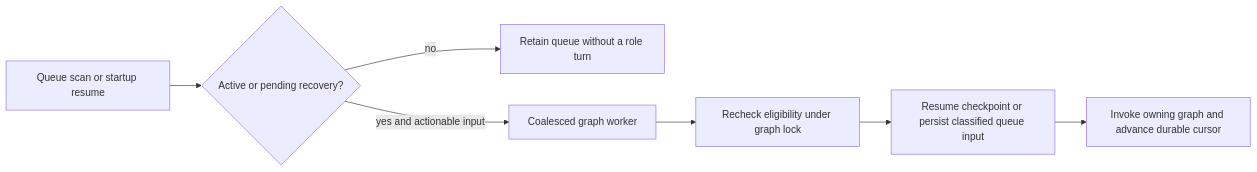
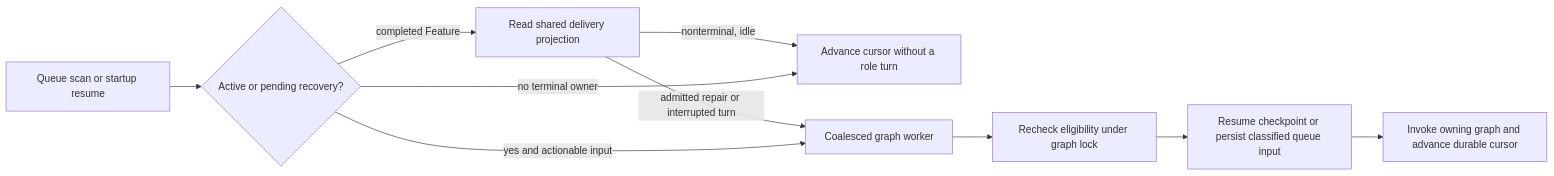
Before and after one commit to vincentc-b/CascadeCode: the third of 4 diagrams in cascade/workspace/DESIGN.md, drawn with Mermaid. The commit also changed other lines of this file and 15 other files, not shown here.

````diff
--- a/cascade/workspace/DESIGN.md
+++ b/cascade/workspace/DESIGN.md
@@ -151,9 +155,12 @@
 ```mermaid
 flowchart LR
     Scan[Queue scan or startup resume] --> Eligible{Active or pending recovery?}
-    Eligible -->|no| Retain[Retain queue without a role turn]
+    Eligible -->|completed Feature| Delivery[Read shared delivery projection]
+    Delivery -->|nonterminal, idle| Retain[Advance cursor without a role turn]
+    Delivery -->|admitted repair or interrupted turn| Schedule
+    Eligible -->|no terminal owner| Retain
     Eligible -->|yes and actionable input| Schedule[Coalesced graph worker]
     Schedule --> Recheck[Recheck eligibility under graph lock]
     Recheck --> Resume[Resume checkpoint or persist classified queue input]
     Resume --> Invoke[Invoke owning graph and advance durable cursor]
 ```
````
